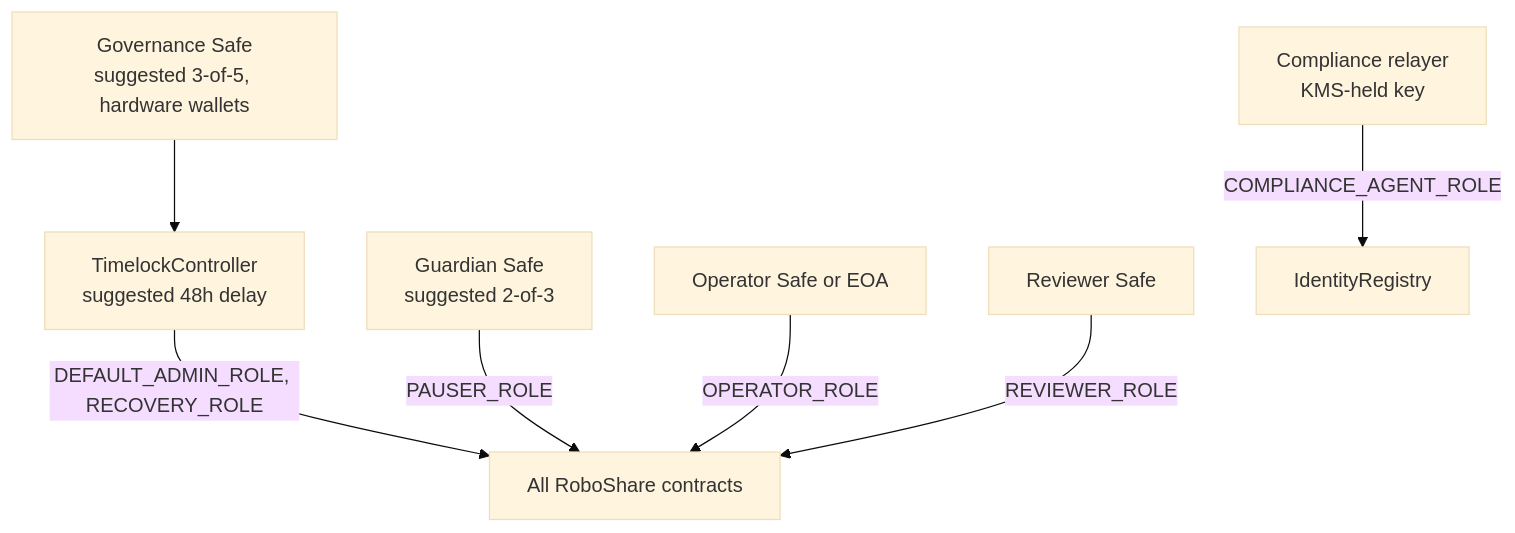
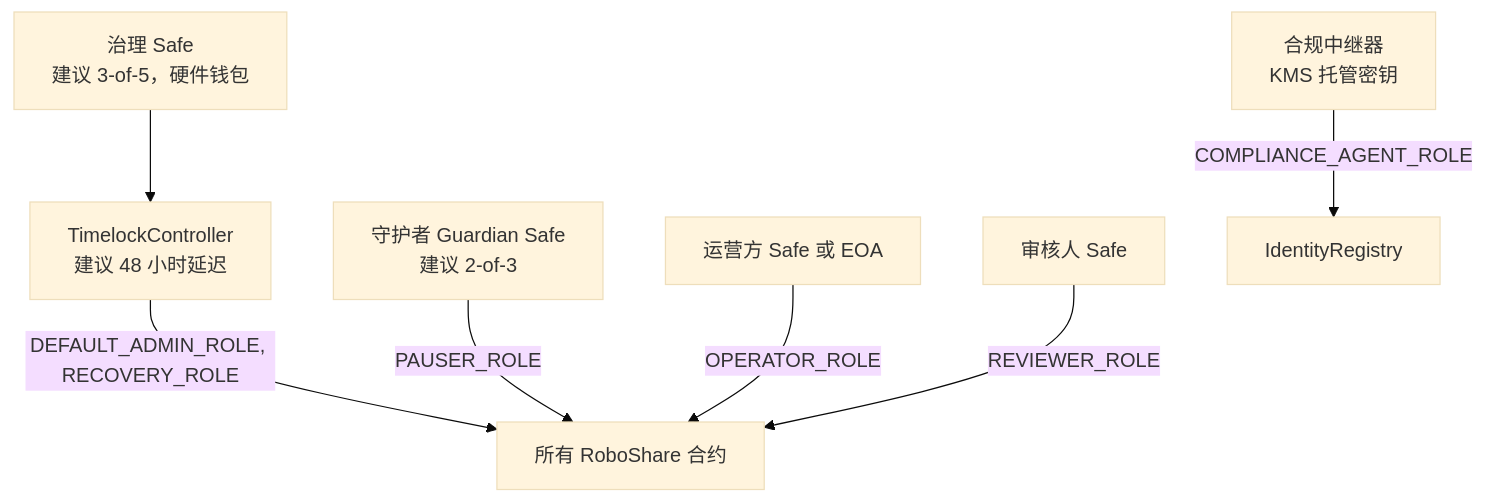
The diagram in docs/SECURITY_MODEL.md (AgntSpark1/Roboshare), drawn with Mermaid (base theme) before and after one commit. The commit also changed other lines of this file and 15 other files, not shown here.

````diff
--- a/docs/SECURITY_MODEL.md
+++ b/docs/SECURITY_MODEL.md
@@ -7,9 +7,9 @@
 ```mermaid
 flowchart TB
-  GS[Governance Safe<br/>suggested 3-of-5, hardware wallets] --> TL[TimelockController<br/>suggested 48h delay]
-  TL -->|DEFAULT_ADMIN_ROLE, RECOVERY_ROLE| C[All RoboShare contracts]
-  GUARD[Guardian Safe<br/>suggested 2-of-3] -->|PAUSER_ROLE| C
-  OPS[Operator Safe or EOA] -->|OPERATOR_ROLE| C
-  REVS[Reviewer Safe] -->|REVIEWER_ROLE| C
-  REL[Compliance relayer<br/>KMS-held key] -->|COMPLIANCE_AGENT_ROLE| IR[IdentityRegistry]
+  GS[治理 Safe<br/>建议 3-of-5，硬件钱包] --> TL[TimelockController<br/>建议 48 小时延迟]
+  TL -->|DEFAULT_ADMIN_ROLE, RECOVERY_ROLE| C[所有 RoboShare 合约]
+  GUARD[守护者 Guardian Safe<br/>建议 2-of-3] -->|PAUSER_ROLE| C
+  OPS[运营方 Safe 或 EOA] -->|OPERATOR_ROLE| C
+  REVS[审核人 Safe] -->|REVIEWER_ROLE| C
+  REL[合规中继器<br/>KMS 托管密钥] -->|COMPLIANCE_AGENT_ROLE| IR[IdentityRegistry]
 ```
````
